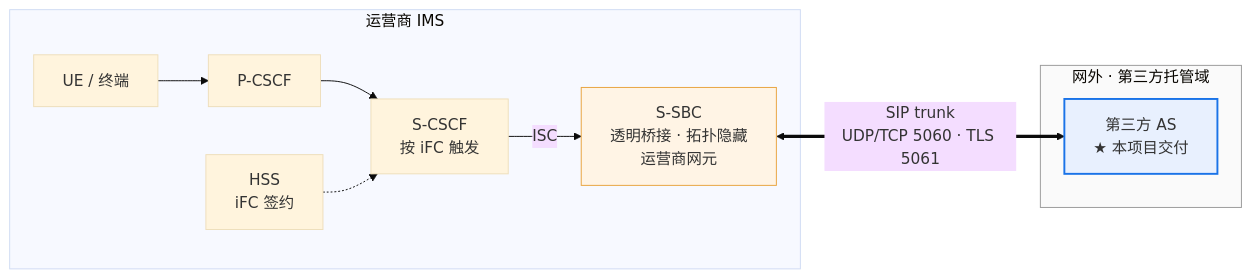
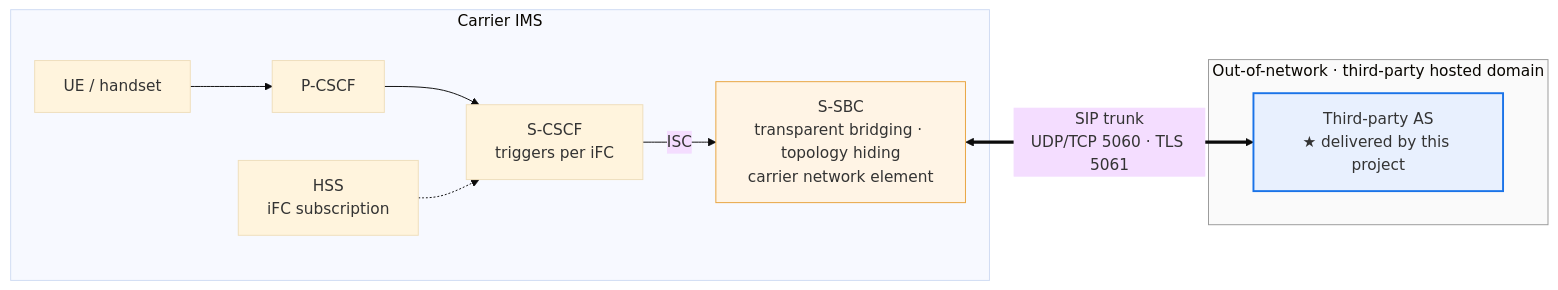
The first of 4 diagrams in docs/handoff/pre-m8-demo-review-plan.md (dolanshu/inhouse-ims-as), drawn with Mermaid (base theme) before and after one commit. The commit also changed other lines of this file and 186 other files, not shown here.

````diff
--- a/docs/handoff/pre-m8-demo-review-plan.md
+++ b/docs/handoff/pre-m8-demo-review-plan.md
@@ -49,18 +49,18 @@
 ```mermaid
 flowchart LR
-    subgraph IMS["运营商 IMS"]
-        UE["UE / 终端"] --> PCSCF["P-CSCF"] --> SCSCF["S-CSCF<br/>按 iFC 触发"]
-        HSS["HSS<br/>iFC 签约"] -.-> SCSCF
-        SCSCF -->|"ISC"| SSBC["S-SBC<br/>透明桥接 · 拓扑隐藏<br/>运营商网元"]
+    subgraph IMS["Carrier IMS"]
+        UE["UE / handset"] --> PCSCF["P-CSCF"] --> SCSCF["S-CSCF<br/>triggers per iFC"]
+        HSS["HSS<br/>iFC subscription"] -.-> SCSCF
+        SCSCF -->|"ISC"| SSBC["S-SBC<br/>transparent bridging · topology hiding<br/>carrier network element"]
     end
 
-    subgraph EXT["网外 · 第三方托管域"]
-        AS["第三方 AS<br/>★ 本项目交付"]
+    subgraph EXT["Out-of-network · third-party hosted domain"]
+        AS["Third-party AS<br/>★ delivered by this project"]
     end
 
     SSBC <==>|"SIP trunk<br/>UDP/TCP 5060 · TLS 5061"| AS
 
     style AS fill:#e8f0fe,stroke:#1a73e8,stroke-width:2px
     style SSBC fill:#fff4e5,stroke:#e8a33d
     style EXT fill:#fafafa,stroke:#999
 ```
````
